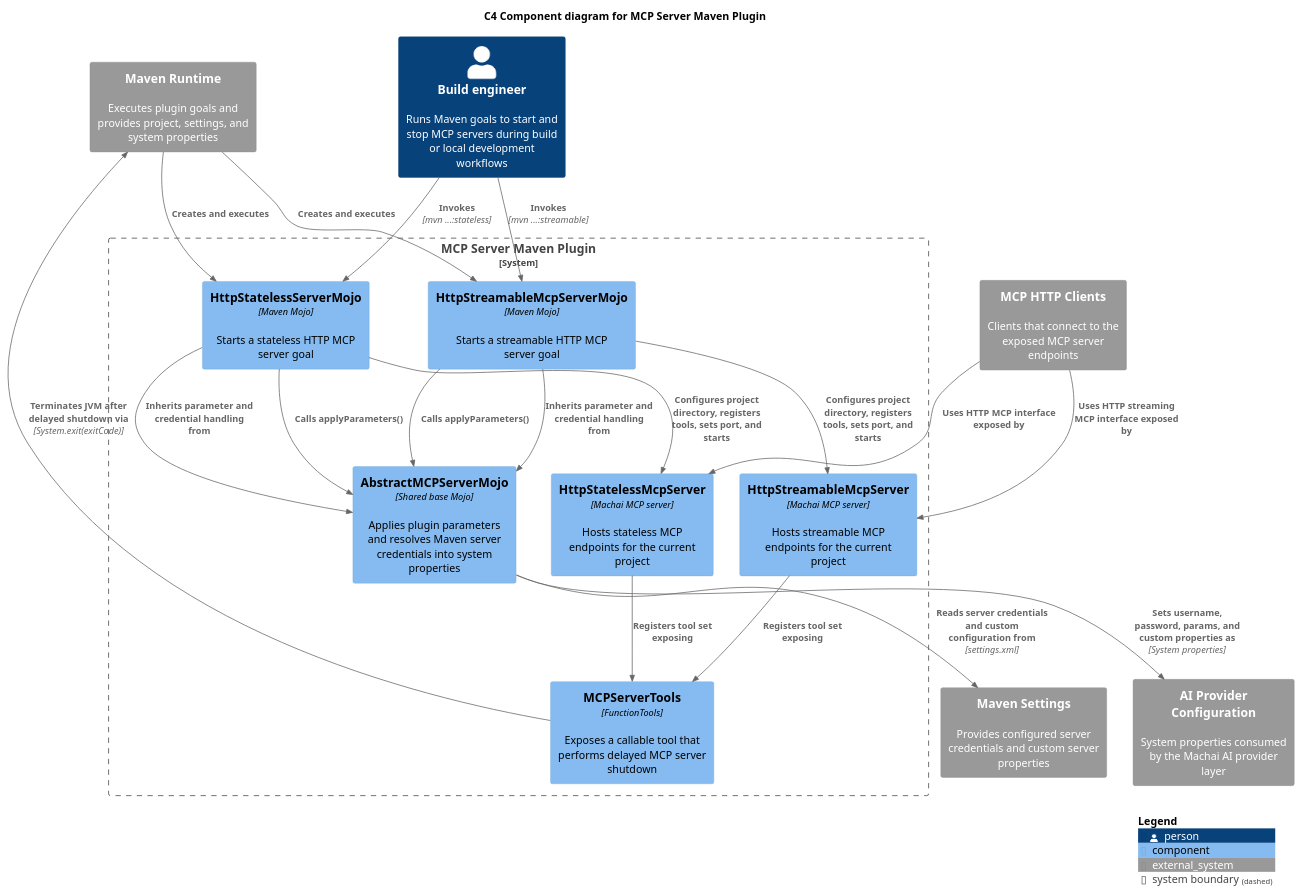
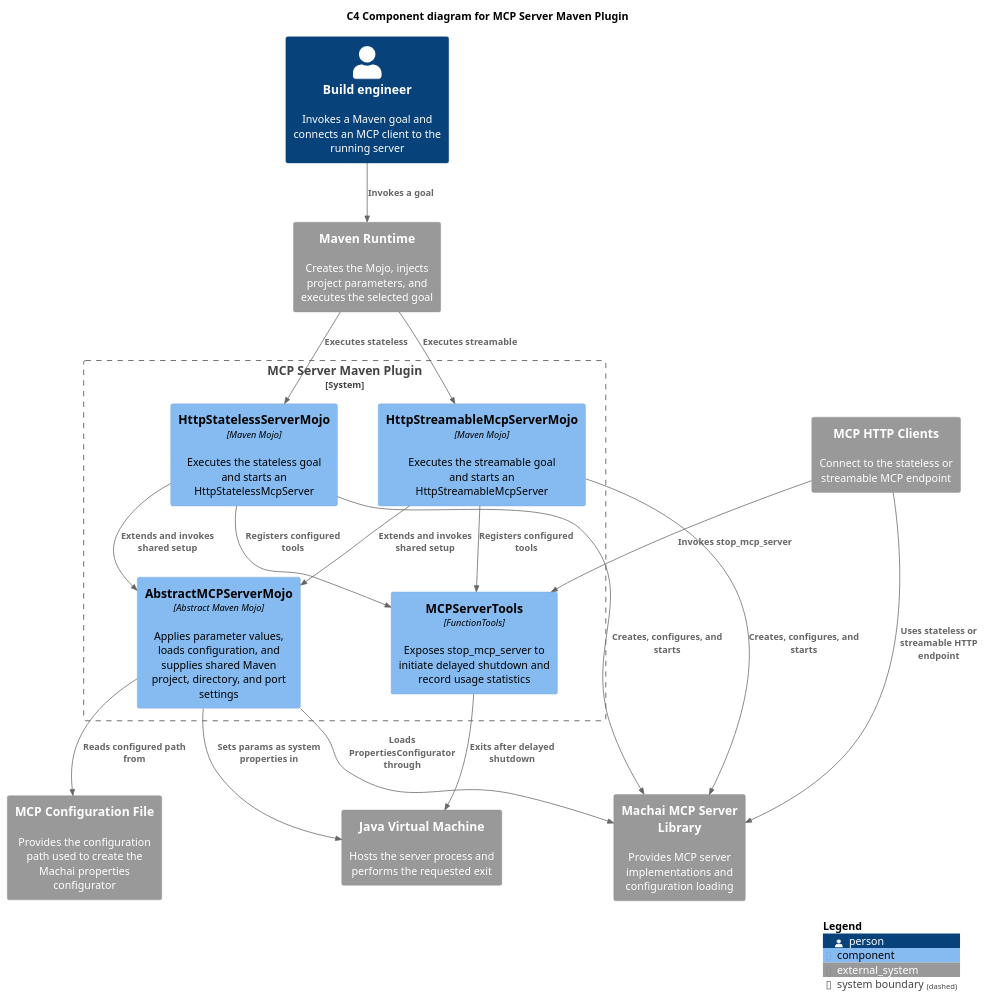
Before and after one commit to machanism-org/machai: the diagram in mcp-server-maven-plugin/src/site/puml/c4-diagram.puml, drawn with PlantUML. The commit also changed 79 other files, not shown here.

```diff
--- a/mcp-server-maven-plugin/src/site/puml/c4-diagram.puml
+++ b/mcp-server-maven-plugin/src/site/puml/c4-diagram.puml
@@ -10,40 +10,37 @@
 @startuml
 !includeurl https://raw.githubusercontent.com/plantuml-stdlib/C4-PlantUML/master/C4_Component.puml
 
 title C4 Component diagram for MCP Server Maven Plugin
 
-Person(developer, "Build engineer", "Runs Maven goals to start and stop MCP servers during build or local development workflows")
-System_Ext(mavenRuntime, "Maven Runtime", "Executes plugin goals and provides project, settings, and system properties")
-System_Ext(mavenSettings, "Maven Settings", "Provides configured server credentials and custom server properties")
-System_Ext(aiProviderConfig, "AI Provider Configuration", "System properties consumed by the Machai AI provider layer")
-System_Ext(mcpHttpClients, "MCP HTTP Clients", "Clients that connect to the exposed MCP server endpoints")
+Person(developer, "Build engineer", "Invokes a Maven goal and connects an MCP client to the running server")
+System_Ext(maven, "Maven Runtime", "Creates the Mojo, injects project parameters, and executes the selected goal")
+System_Ext(mcpConfigFile, "MCP Configuration File", "Provides the configuration path used to create the Machai properties configurator")
+System_Ext(mcpClients, "MCP HTTP Clients", "Connect to the stateless or streamable MCP endpoint")
+System_Ext(machaiMcpServer, "Machai MCP Server Library", "Provides MCP server implementations and configuration loading")
+System_Ext(jvm, "Java Virtual Machine", "Hosts the server process and performs the requested exit")
 
-System_Boundary(pluginBoundary, "MCP Server Maven Plugin") {
-  Component(statelessMojo, "HttpStatelessServerMojo", "Maven Mojo", "Starts a stateless HTTP MCP server goal")
-  Component(streamableMojo, "HttpStreamableMcpServerMojo", "Maven Mojo", "Starts a streamable HTTP MCP server goal")
-  Component(abstractMojo, "AbstractMCPServerMojo", "Shared base Mojo", "Applies plugin parameters and resolves Maven server credentials into system properties")
-  Component(serverTools, "MCPServerTools", "FunctionTools", "Exposes a callable tool that performs delayed MCP server shutdown")
-  Component(statelessServer, "HttpStatelessMcpServer", "Machai MCP server", "Hosts stateless MCP endpoints for the current project")
-  Component(streamableServer, "HttpStreamableMcpServer", "Machai MCP server", "Hosts streamable MCP endpoints for the current project")
+System_Boundary(plugin, "MCP Server Maven Plugin") {
+  Component(statelessMojo, "HttpStatelessServerMojo", "Maven Mojo", "Executes the stateless goal and starts an HttpStatelessMcpServer")
+  Component(streamableMojo, "HttpStreamableMcpServerMojo", "Maven Mojo", "Executes the streamable goal and starts an HttpStreamableMcpServer")
+  Component(abstractMojo, "AbstractMCPServerMojo", "Abstract Maven Mojo", "Applies parameter values, loads configuration, and supplies shared Maven project, directory, and port settings")
+  Component(serverTools, "MCPServerTools", "FunctionTools", "Exposes stop_mcp_server to initiate delayed shutdown and record usage statistics")
 }
 
-Rel(developer, statelessMojo, "Invokes", "mvn ...:stateless")
-Rel(developer, streamableMojo, "Invokes", "mvn ...:streamable")
-Rel(mavenRuntime, statelessMojo, "Creates and executes")
-Rel(mavenRuntime, streamableMojo, "Creates and executes")
-Rel(statelessMojo, abstractMojo, "Inherits parameter and credential handling from")
-Rel(streamableMojo, abstractMojo, "Inherits parameter and credential handling from")
-Rel(statelessMojo, abstractMojo, "Calls applyParameters()")
-Rel(streamableMojo, abstractMojo, "Calls applyParameters()")
-Rel(abstractMojo, mavenSettings, "Reads server credentials and custom configuration from", "settings.xml")
-Rel(abstractMojo, aiProviderConfig, "Sets username, password, params, and custom properties as", "System properties")
-Rel(statelessMojo, statelessServer, "Configures project directory, registers tools, sets port, and starts")
-Rel(streamableMojo, streamableServer, "Configures project directory, registers tools, sets port, and starts")
-Rel(statelessServer, serverTools, "Registers tool set exposing")
-Rel(streamableServer, serverTools, "Registers tool set exposing")
-Rel(mcpHttpClients, statelessServer, "Uses HTTP MCP interface exposed by")
-Rel(mcpHttpClients, streamableServer, "Uses HTTP streaming MCP interface exposed by")
-Rel(serverTools, mavenRuntime, "Terminates JVM after delayed shutdown via", "System.exit(exitCode)")
+Rel(developer, maven, "Invokes a goal")
+Rel(maven, statelessMojo, "Executes stateless")
+Rel(maven, streamableMojo, "Executes streamable")
+Rel(statelessMojo, abstractMojo, "Extends and invokes shared setup")
+Rel(streamableMojo, abstractMojo, "Extends and invokes shared setup")
+Rel(abstractMojo, mcpConfigFile, "Reads configured path from")
+Rel(abstractMojo, machaiMcpServer, "Loads PropertiesConfigurator through")
+Rel(abstractMojo, jvm, "Sets params as system properties in")
+Rel(statelessMojo, machaiMcpServer, "Creates, configures, and starts")
+Rel(streamableMojo, machaiMcpServer, "Creates, configures, and starts")
+Rel(statelessMojo, serverTools, "Registers configured tools")
+Rel(streamableMojo, serverTools, "Registers configured tools")
+Rel(mcpClients, machaiMcpServer, "Uses stateless or streamable HTTP endpoint")
+Rel(mcpClients, serverTools, "Invokes stop_mcp_server")
+Rel(serverTools, jvm, "Exits after delayed shutdown")
 
 SHOW_LEGEND()
 @enduml
```
